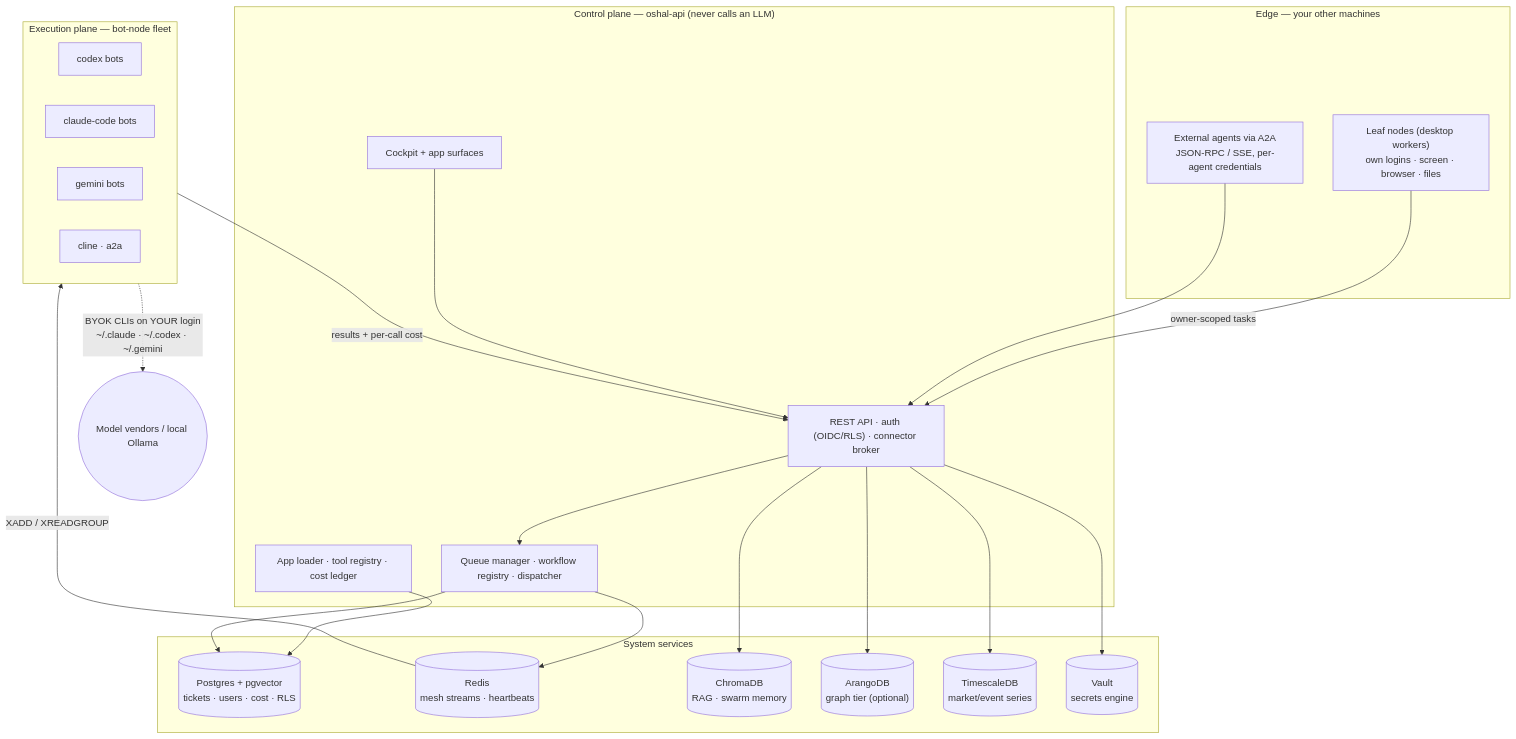
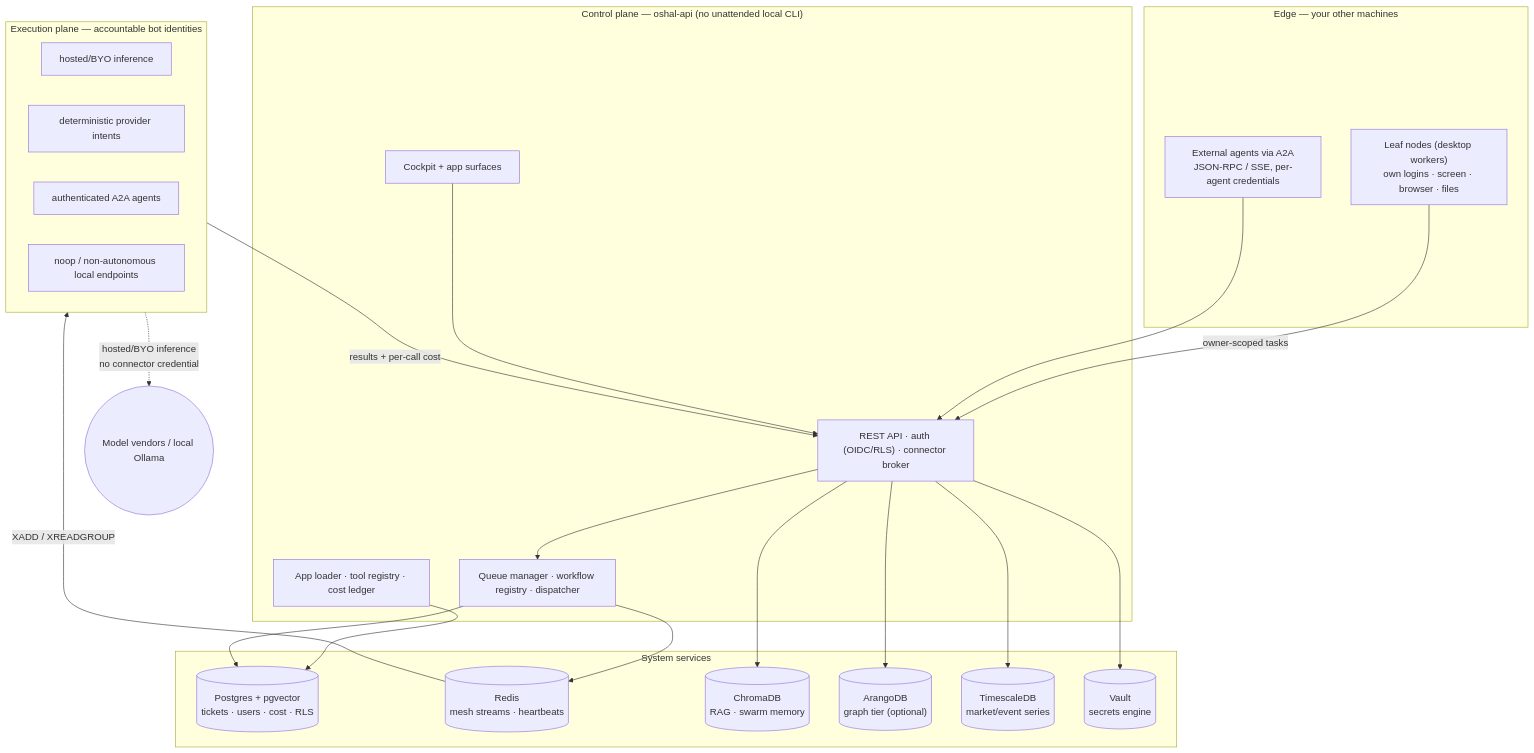
Before and after one commit to emeraldcoastsystemsgroup/oshal: the first of 2 diagrams in README.md, drawn with Mermaid. The commit also changed other lines of this file and 810 other files, not shown here.

````diff
--- a/README.md
+++ b/README.md
@@ -69,43 +77,43 @@
 ```mermaid
 flowchart TB
     subgraph EDGE["Edge — your other machines"]
         LEAF["Leaf nodes (desktop workers)\nown logins · screen · browser · files"]
         A2A["External agents via A2A\nJSON-RPC / SSE, per-agent credentials"]
     end
 
-    subgraph CONTROL["Control plane — oshal-api (never calls an LLM)"]
+    subgraph CONTROL["Control plane — oshal-api (no unattended local CLI)"]
         COCKPIT["Cockpit + app surfaces"]
         API["REST API · auth (OIDC/RLS) · connector broker"]
         QM["Queue manager · workflow registry · dispatcher"]
         LOADER["App loader · tool registry · cost ledger"]
     end
 
-    subgraph EXEC["Execution plane — bot-node fleet"]
-        B1["codex bots"]
-        B2["claude-code bots"]
-        B3["gemini bots"]
-        B4["cline · a2a"]
+    subgraph EXEC["Execution plane — accountable bot identities"]
+        B1["hosted/BYO inference"]
+        B2["deterministic provider intents"]
+        B3["authenticated A2A agents"]
+        B4["noop / non-autonomous local endpoints"]
     end
 
     subgraph SVC["System services"]
         PG[("Postgres + pgvector\ntickets · users · cost · RLS")]
         RD[("Redis\nmesh streams · heartbeats")]
         CH[("ChromaDB\nRAG · swarm memory")]
         AR[("ArangoDB\ngraph tier (optional)")]
         TS[("TimescaleDB\nmarket/event series")]
         VA[("Vault\nsecrets engine")]
     end
 
     LEAF -- "owner-scoped tasks" --> API
     A2A --> API
     COCKPIT --> API --> QM --> RD
     RD -- "XADD / XREADGROUP" --> EXEC
     EXEC -- "results + per-call cost" --> API
     LOADER --> PG
     QM --> PG
-    EXEC -.->|"BYOK CLIs on YOUR login\n~/.claude · ~/.codex · ~/.gemini"| VENDORS(("Model vendors / local Ollama"))
+    EXEC -.->|"hosted/BYO inference\nno connector credential"| VENDORS(("Model vendors / local Ollama"))
     API --> CH
     API --> AR
     API --> TS
     API --> VA
 ```
````
